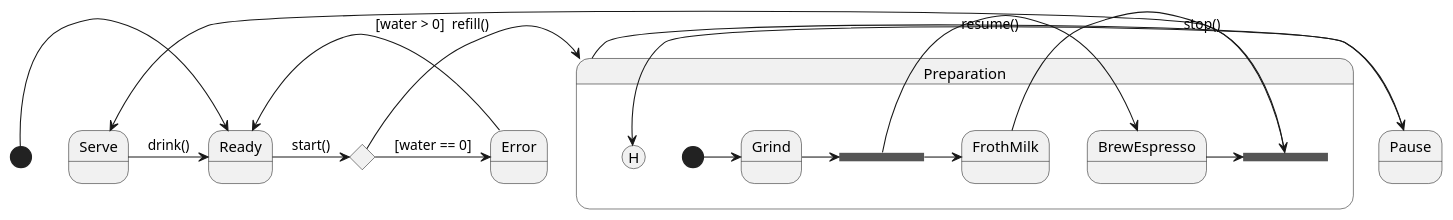
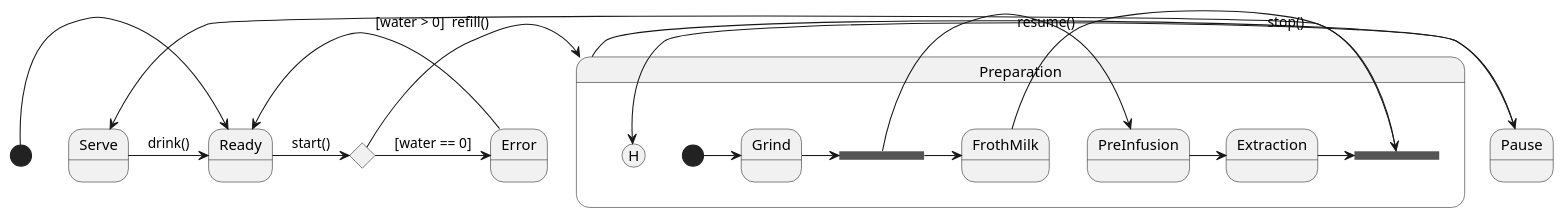
Before and after one commit to LuchsHub/PlantUML-StateChart-To-Python: the diagram in example_fork_conditionState/source.puml, drawn with PlantUML.

Commit message:
Adapt PlantUML

```diff
--- a/example_fork_conditionState/source.puml
+++ b/example_fork_conditionState/source.puml
@@ -1,30 +1,31 @@
 @startuml
 [*] -> Ready
 
 state Check <<choice>>
 Ready -> Check : start()
 Check -> Error : [water == 0]
 Check -> Preparation : [water > 0]
 Error -> Ready : refill()
 
 state Preparation {
 
   [*] -> Grind
 
   state fork1 <<fork>>
   Grind -> fork1
-  fork1 -> BrewEspresso
+  fork1 -> PreInfusion
+  PreInfusion -> Extraction
   fork1 -> FrothMilk
 
   state join1 <<join>>
-  BrewEspresso -> join1
+  Extraction -> join1
   FrothMilk -> join1
 }
 
 join1 -> Serve
 Serve -> Ready : drink()
 
 Preparation -> Pause : stop()
 Pause -> Preparation[H] : resume()
 
 @enduml
```
